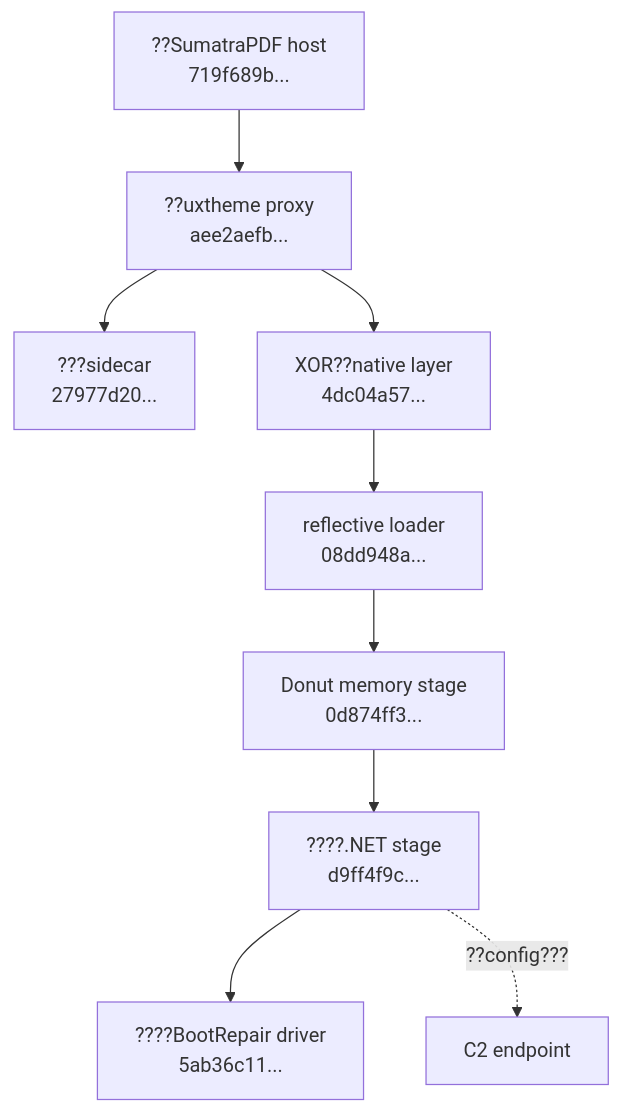
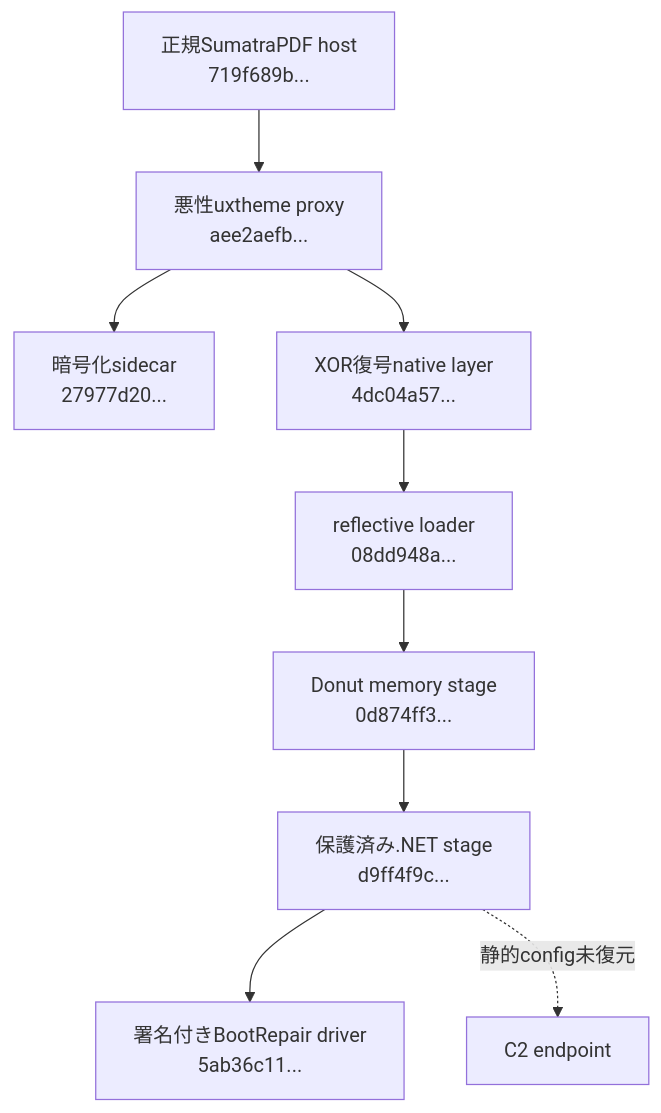
One commit to proshiba/AI-security-analysis changed the third of 3 diagrams in analysis-results/malware/valleyrat/versions/unknown/cases/307594e042248ad7cc9627e8de385851bd92df452216b1b829077d3a93ac815b/OVERALL-LOGIC.md. Above: the diagram before and after it, drawn with Mermaid. The commit also changed other lines of this file and 1747 other files, not shown here.

````diff
--- a/analysis-results/malware/valleyrat/versions/unknown/cases/307594e042248ad7cc9627e8de385851bd92df452216b1b829077d3a93ac815b/OVERALL-LOGIC.md
+++ b/analysis-results/malware/valleyrat/versions/unknown/cases/307594e042248ad7cc9627e8de385851bd92df452216b1b829077d3a93ac815b/OVERALL-LOGIC.md
@@ -37,19 +37,19 @@
 ```mermaid
 flowchart TB
-  HST["??SumatraPDF host
-719f689b..."] --> DLL["??uxtheme proxy
+  HST["正規SumatraPDF host
+719f689b..."] --> DLL["悪性uxtheme proxy
 aee2aefb..."]
-  DLL --> ENC["???sidecar
+  DLL --> ENC["暗号化sidecar
 27977d20..."]
-  DLL --> N1["XOR??native layer
+  DLL --> N1["XOR復号native layer
 4dc04a57..."]
   N1 --> N2["reflective loader
 08dd948a..."]
   N2 --> DONUT["Donut memory stage
 0d874ff3..."]
-  DONUT --> NET["????.NET stage
+  DONUT --> NET["保護済み.NET stage
 d9ff4f9c..."]
-  NET --> DRV["????BootRepair driver
+  NET --> DRV["署名付きBootRepair driver
 5ab36c11..."]
-  NET -. "??config???" .-> C2["C2 endpoint"]
+  NET -. "静的config未復元" .-> C2["C2 endpoint"]
 ```
````
